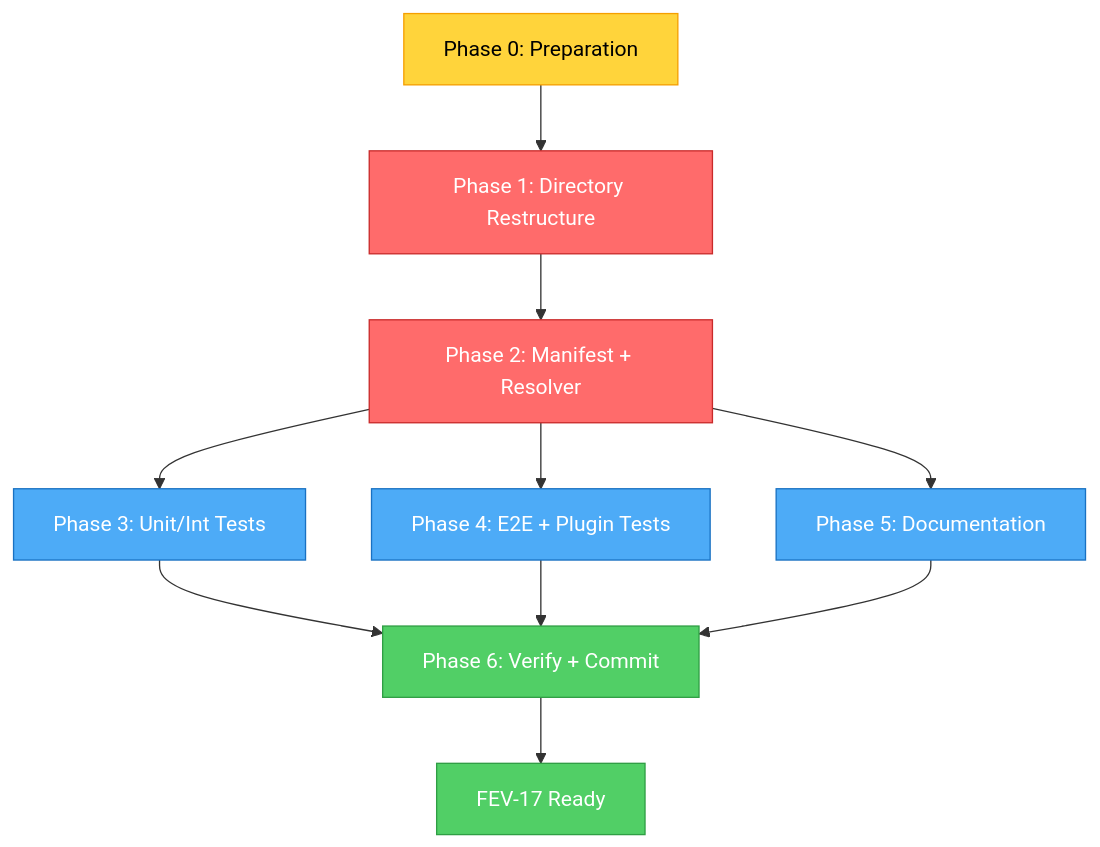
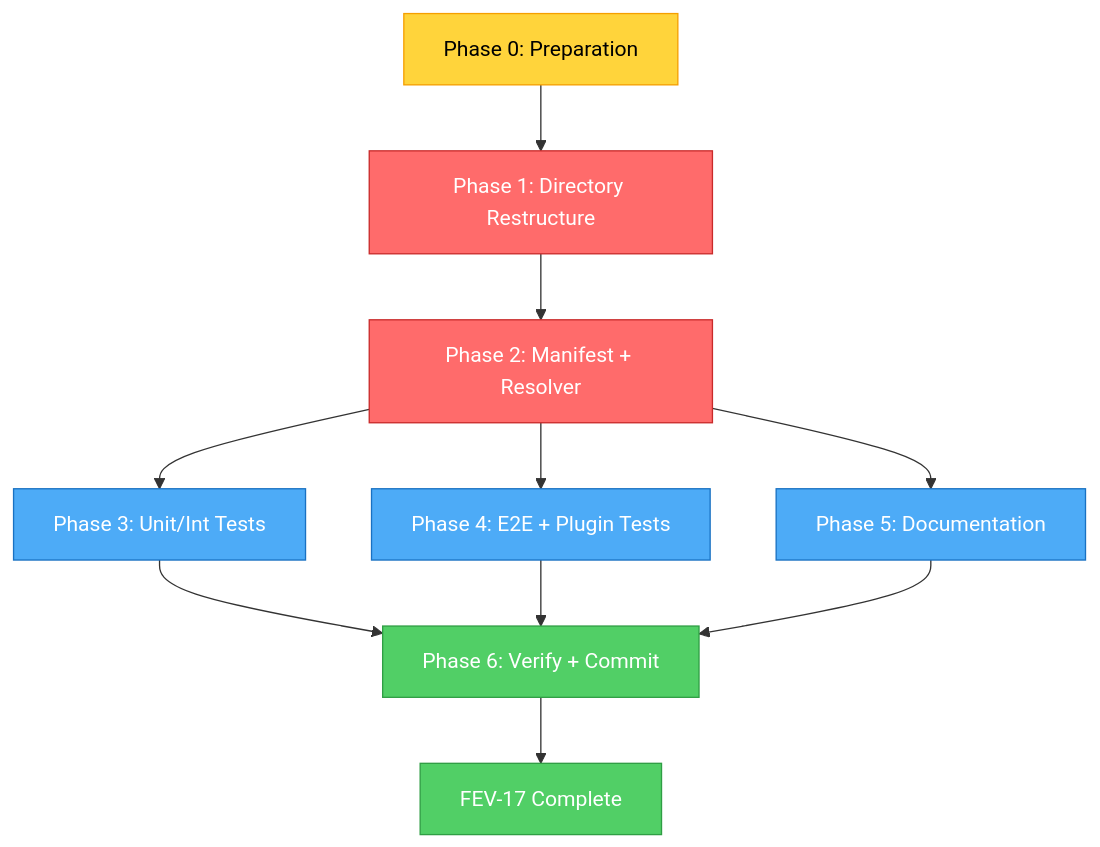
One commit to Fisherk2/codice-opencode changed the first of 2 diagrams in tasks/plan.md. Above: the diagram before and after it, drawn with Mermaid. The commit also changed other lines of this file and 2 other files, not shown here.

First line of the commit message:
docs: mark FEV-17 complete, FEV-18 ready for planning

````diff
--- a/tasks/plan.md
+++ b/tasks/plan.md
@@ -69,22 +69,22 @@
 ```mermaid
 graph TD
     P0[Phase 0: Preparation] --> P1[Phase 1: Directory Restructure]
     P1 --> P2[Phase 2: Manifest + Resolver]
     P2 --> P3[Phase 3: Unit/Int Tests]
     P2 --> P4[Phase 4: E2E + Plugin Tests]
     P2 --> P5[Phase 5: Documentation]
     P3 --> P6[Phase 6: Verify + Commit]
     P4 --> P6
     P5 --> P6
-    P6 --> DONE[FEV-17 Ready]
+    P6 --> DONE[FEV-17 Complete]
 
     classDef crit fill:#ff6b6b,stroke:#c92a2a,color:#fff
     classDef gate fill:#51cf66,stroke:#2f9e44,color:#fff
     classDef par fill:#4dabf7,stroke:#1971c2,color:#fff
     classDef seq fill:#ffd43b,stroke:#f59f00,color:#000
 
     class P1,P2 crit
     class P6,DONE gate
     class P3,P4,P5 par
     class P0 seq
 ```
````
